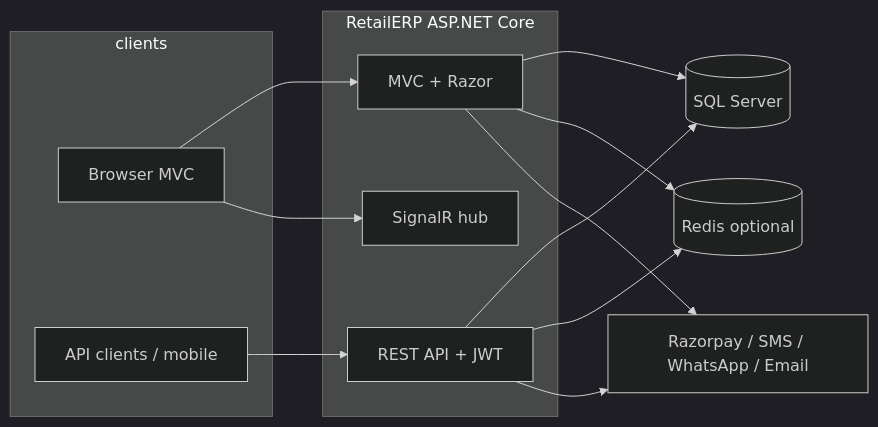
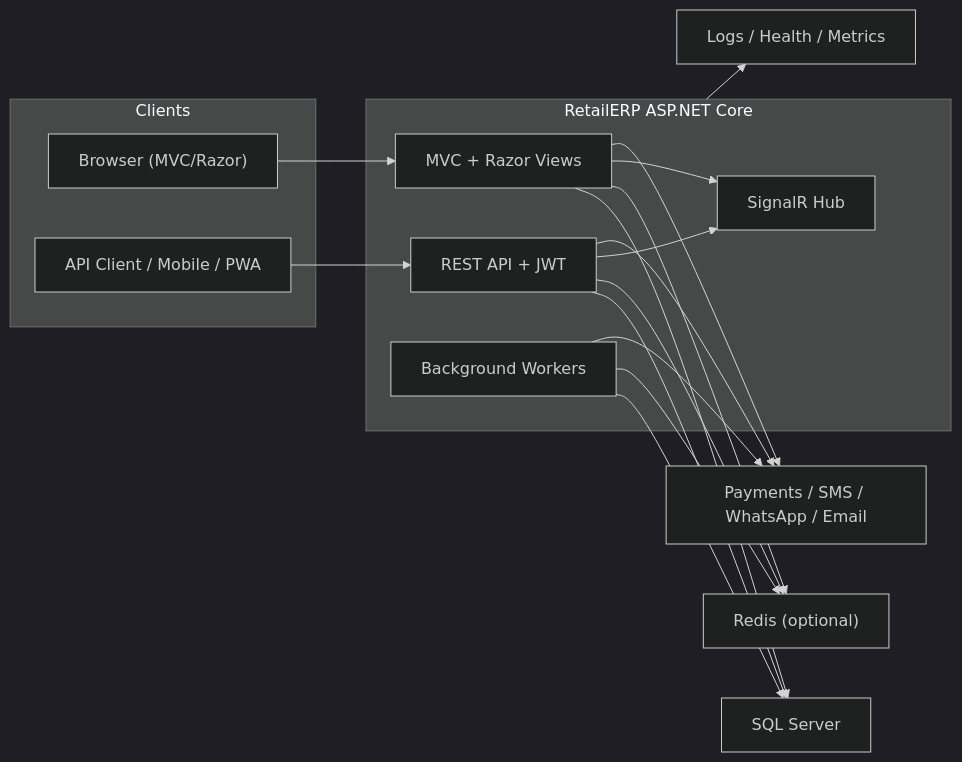
The diagram in Docs/ARCHITECTURE.md (DevUpadhyay1/RetailERP), drawn with Mermaid (dark theme) before and after one commit. The commit also changed other lines of this file and 9 other files, not shown here.

````diff
--- a/Docs/ARCHITECTURE.md
+++ b/Docs/ARCHITECTURE.md
@@ -7,25 +7,34 @@
 ```mermaid
 flowchart LR
-  subgraph clients
-    Browser[Browser MVC]
-    APIClient[API clients / mobile]
+  subgraph Clients
+    Browser["Browser (MVC/Razor)"]
+    ApiClient["API Client / Mobile / PWA"]
   end
-  subgraph app[RetailERP ASP.NET Core]
-    MVC[MVC + Razor]
-    API[REST API + JWT]
-    Hubs[SignalR hub]
+
+  subgraph App["RetailERP ASP.NET Core"]
+    MVC["MVC + Razor Views"]
+    API["REST API + JWT"]
+    Hubs["SignalR Hub"]
+    Workers["Background Workers"]
   end
-  SQL[(SQL Server)]
-  Redis[(Redis optional)]
-  Ext[Razorpay / SMS / WhatsApp / Email]
+
+  SQL["SQL Server"]
+  Redis["Redis (optional)"]
+  Ext["Payments / SMS / WhatsApp / Email"]
+  Ops["Logs / Health / Metrics"]
 
   Browser --> MVC
-  APIClient --> API
-  Browser --> Hubs
+  ApiClient --> API
   MVC --> SQL
   API --> SQL
   MVC --> Redis
   API --> Redis
+  MVC --> Hubs
+  API --> Hubs
+  Workers --> SQL
+  Workers --> Redis
   MVC --> Ext
   API --> Ext
+  Workers --> Ext
+  App --> Ops
 ```
````
